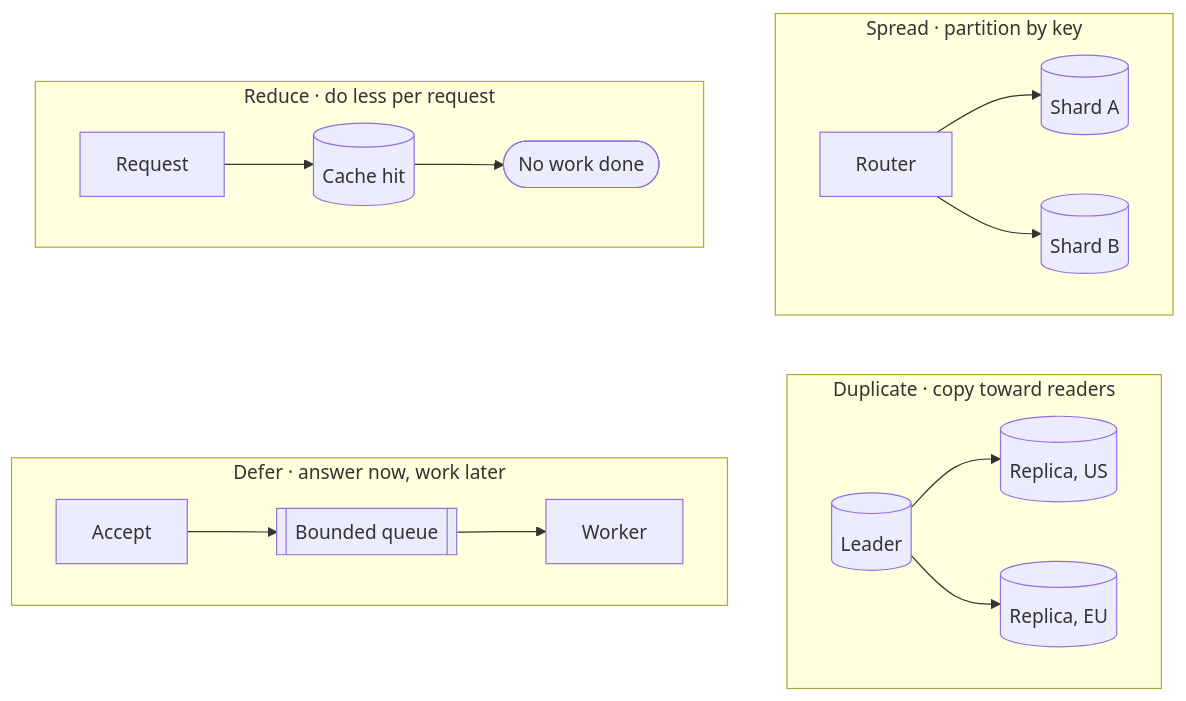
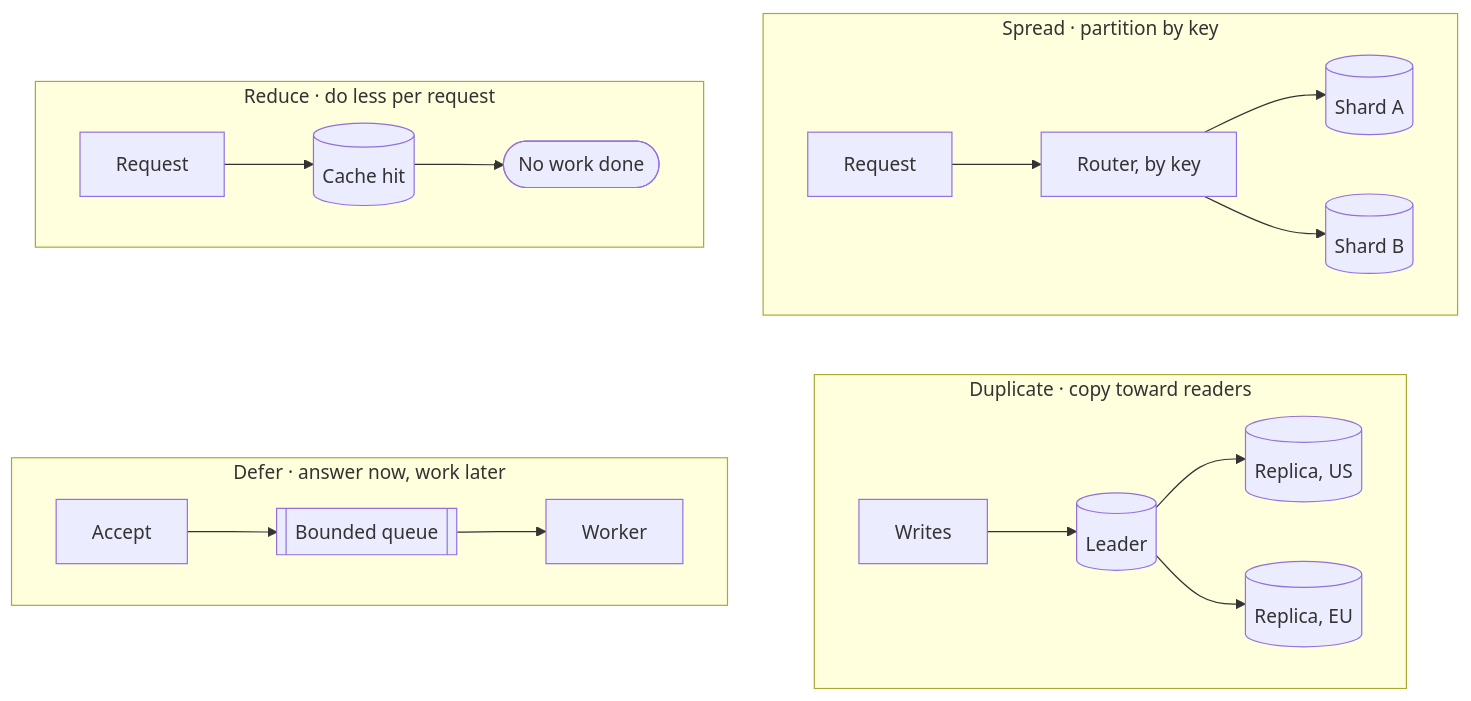
One commit to Laticent/lattice changed diagram 11 of 19 in examples/system-design-foundations.md. Above: the diagram before and after it, drawn with Mermaid. The commit also changed other lines of this file and 1 other file, not shown here.

````diff
--- a/examples/system-design-foundations.md
+++ b/examples/system-design-foundations.md
@@ -1405,23 +1405,23 @@
 ```mermaid
 flowchart TB
   subgraph b["Spread · partition by key"]
     direction LR
-    B1["Router"] --> B2[("Shard A")]
-    B1 --> B3[("Shard B")]
+    B1["Request"] --> B2["Router, by key"] --> B3[("Shard A")]
+    B2 --> B4[("Shard B")]
   end
   subgraph a["Reduce · do less per request"]
     direction LR
     A1["Request"] --> A2[("Cache hit")] --> A3(["No work done"])
   end
   subgraph d["Duplicate · copy toward readers"]
     direction LR
-    D1[("Leader")] --> D2[("Replica, US")]
-    D1 --> D3[("Replica, EU")]
+    D1["Writes"] --> D2[("Leader")] --> D3[("Replica, US")]
+    D2 --> D4[("Replica, EU")]
   end
   subgraph c["Defer · answer now, work later"]
     direction LR
     C1["Accept"] --> C2[["Bounded queue"]] --> C3["Worker"]
   end
   a ~~~ c
   b ~~~ d
 ```
````
